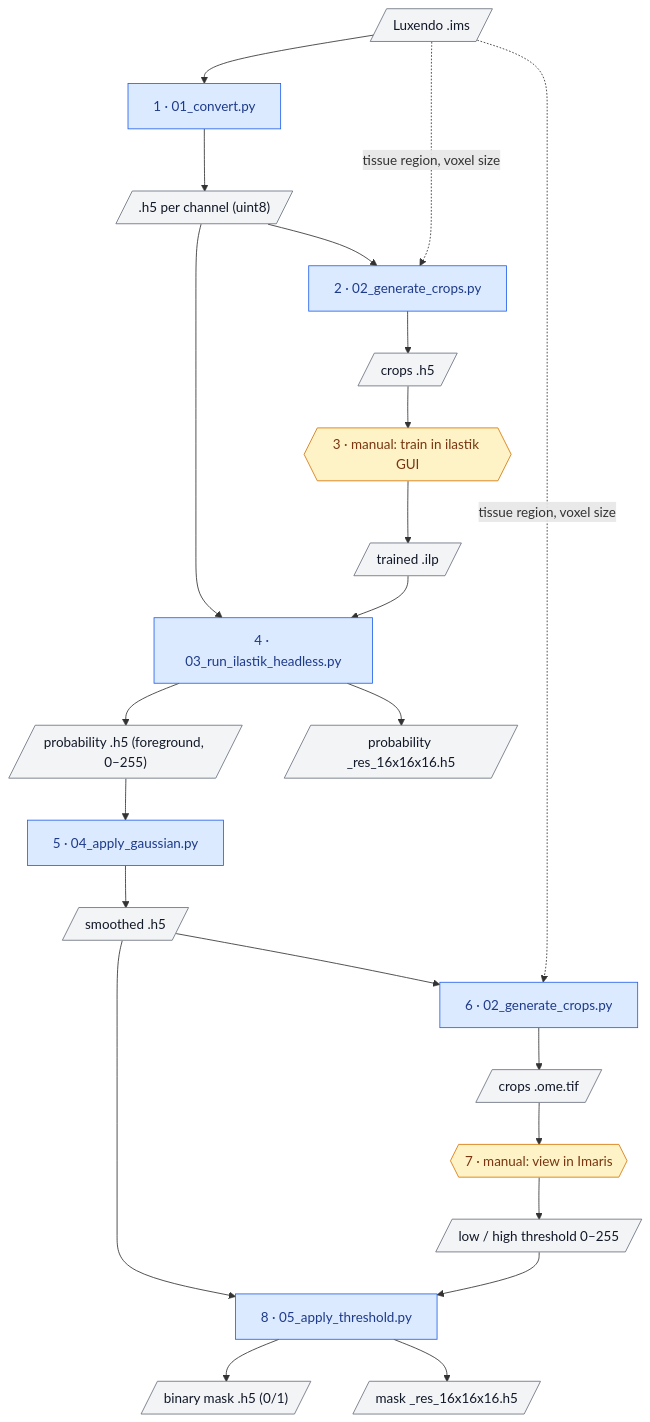
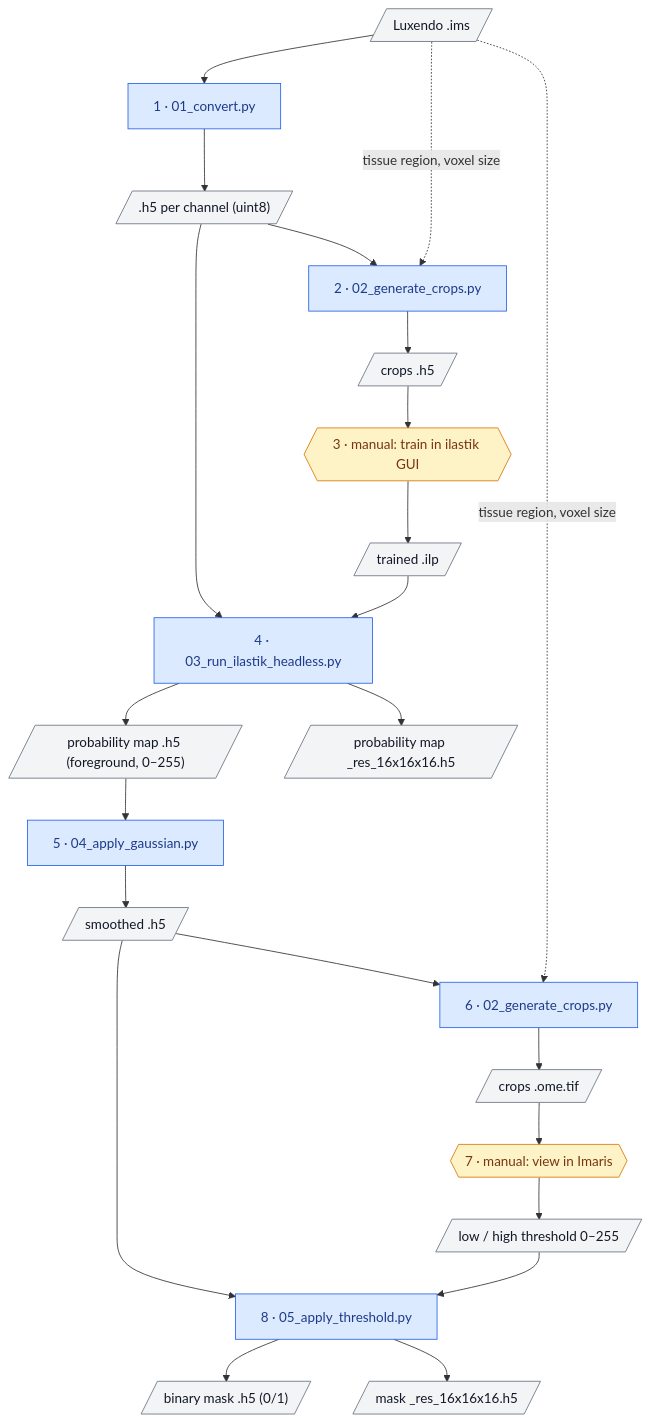
One commit to domipysch/Ali_Dominik_Skeleton_Pipeline changed the diagram in README.md. Above: the diagram before and after it, drawn with Mermaid. The commit also changed other lines of this file and 4 other files, not shown here.

````diff
--- a/README.md
+++ b/README.md
@@ -19,54 +19,54 @@
 ```mermaid
 flowchart TD
     ims[/"Luxendo .ims"/]
 
     s1["1 · 01_convert.py"]
     h5[/".h5 per channel (uint8)"/]
 
     s2["2 · 02_generate_crops.py"]
     crops_train[/"crops .h5"/]
 
     s3{{"3 · manual: train in ilastik GUI"}}
     ilp[/"trained .ilp"/]
 
     s4["4 · 03_run_ilastik_headless.py"]
-    prob[/"probability .h5 (foreground, 0–255)"/]
-    prob_low[/"probability _res_16x16x16.h5"/]
+    prob[/"probability map .h5 (foreground, 0–255)"/]
+    prob_low[/"probability map _res_16x16x16.h5"/]
 
     s5["5 · 04_apply_gaussian.py"]
     smooth[/"smoothed .h5"/]
 
     s6["6 · 02_generate_crops.py"]
     crops_view[/"crops .ome.tif"/]
 
     s7{{"7 · manual: view in Imaris"}}
     thr[/"low / high threshold 0–255"/]
 
     s8["8 · 05_apply_threshold.py"]
     mask[/"binary mask .h5 (0/1)"/]
     mask_low[/"mask _res_16x16x16.h5"/]
 
     ims --> s1 --> h5
     h5 --> s2
     ims -. tissue region, voxel size .-> s2
     s2 --> crops_train --> s3 --> ilp
     h5 --> s4
     ilp --> s4
     s4 --> prob
     s4 --> prob_low
     prob --> s5 --> smooth
     smooth --> s6
     ims -. tissue region, voxel size .-> s6
     s6 --> crops_view --> s7 --> thr
     smooth --> s8
     thr --> s8
     s8 --> mask
     s8 --> mask_low
 
     classDef script fill:#dbeafe,stroke:#2563eb,color:#1e3a8a
     classDef manual fill:#fef3c7,stroke:#d97706,color:#78350f
     classDef data fill:#f3f4f6,stroke:#6b7280,color:#111827
     class s1,s2,s4,s5,s6,s8 script
     class s3,s7 manual
     class ims,h5,crops_train,ilp,prob,prob_low,smooth,crops_view,thr,mask,mask_low data
 ```
````
